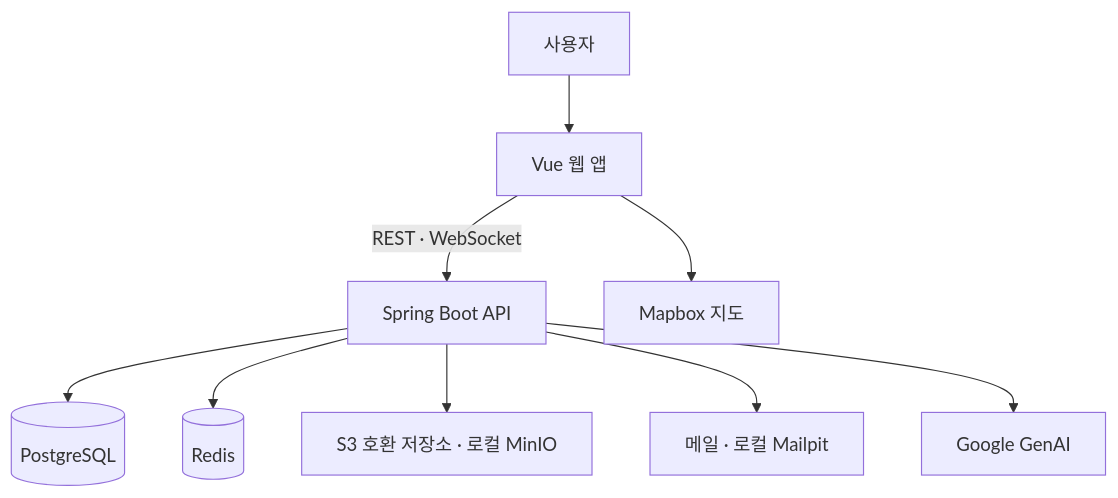
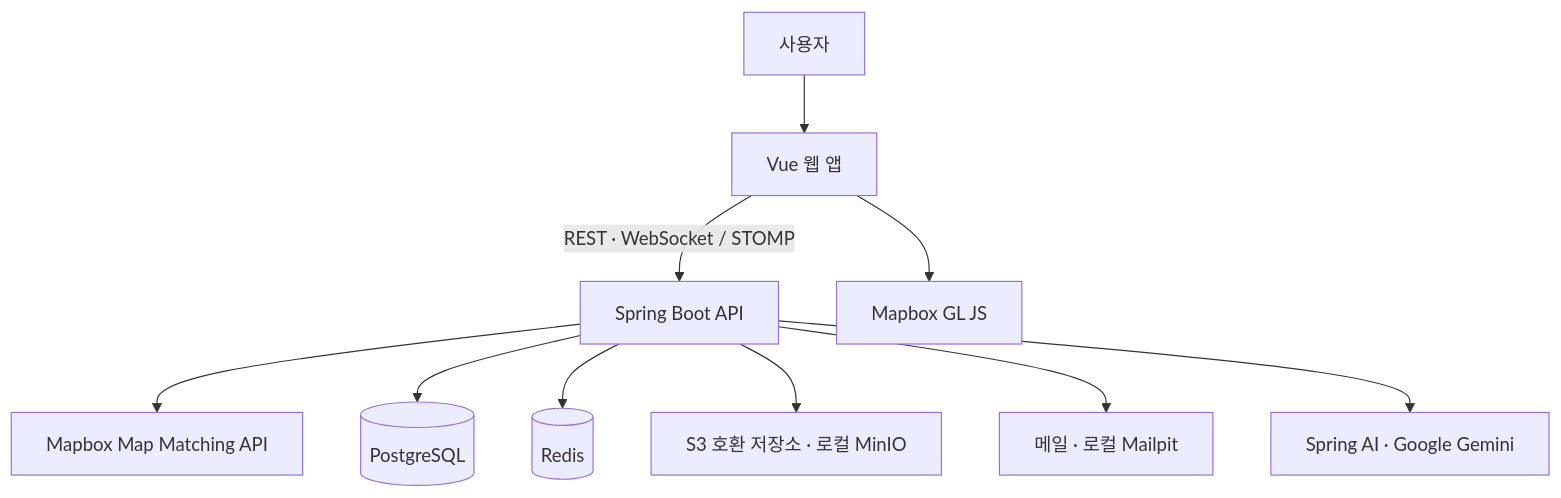
Before and after one commit to Soomgil/soomgil: the first of 2 diagrams in README.md, drawn with Mermaid. The commit also changed other lines of this file and 25 other files, not shown here.

````diff
--- a/README.md
+++ b/README.md
@@ -138,11 +274,12 @@
 ```mermaid
 flowchart TB
     USER["사용자"] --> UI["Vue 웹 앱"]
-    UI -->|"REST · WebSocket"| API["Spring Boot API"]
-    UI --> MAP["Mapbox 지도"]
+    UI -->|"REST · WebSocket / STOMP"| API["Spring Boot API"]
+    UI --> MAP["Mapbox GL JS"]
+    API --> MATCH["Mapbox Map Matching API"]
     API --> DB[("PostgreSQL")]
     API --> CACHE[("Redis")]
     API --> STORAGE["S3 호환 저장소 · 로컬 MinIO"]
     API --> MAIL["메일 · 로컬 Mailpit"]
-    API --> AI["Google GenAI"]
+    API --> AI["Spring AI · Google Gemini"]
 ```
````
